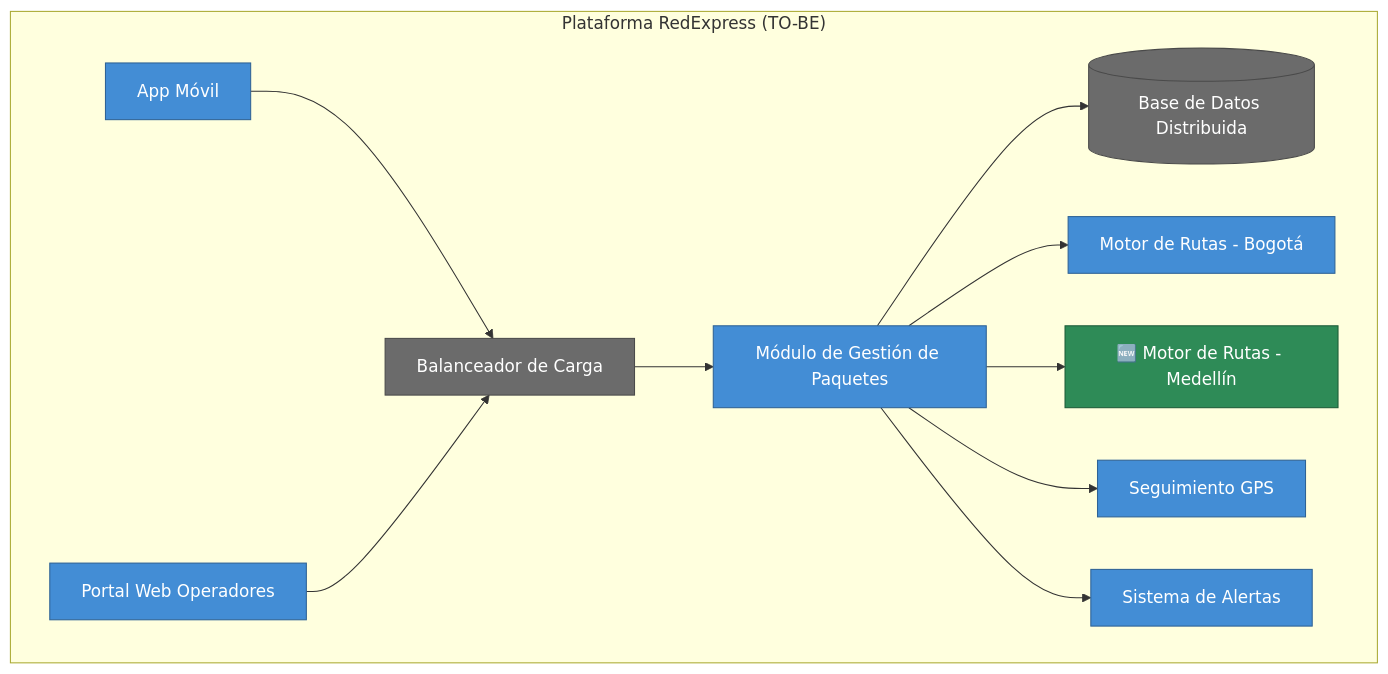
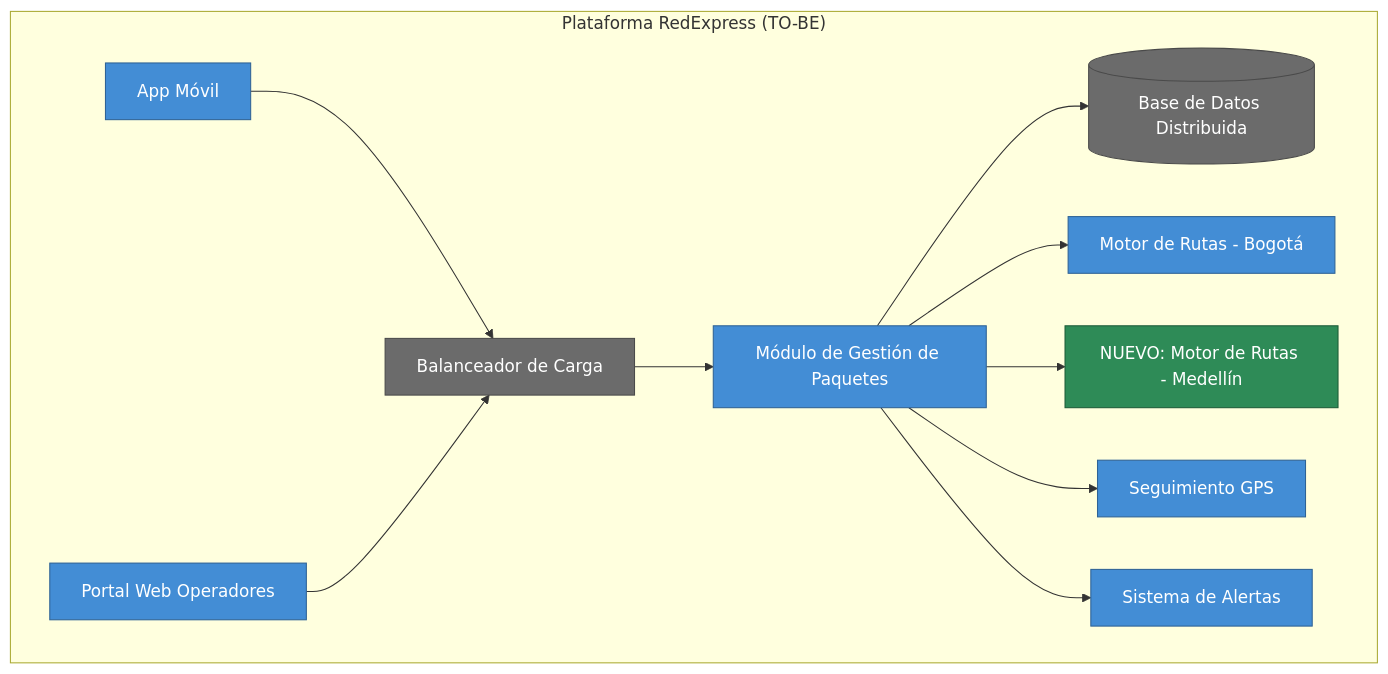
One commit to CesarAVegaF312/AREM-Taller_7_Opportunities_Solutions changed the first of 4 diagrams in clase/guia_paso_a_paso_opportunities_solutions.md. Above: the diagram before and after it, drawn with Mermaid. The commit also changed other lines of this file and 8 other files, not shown here.

````diff
--- a/clase/guia_paso_a_paso_opportunities_solutions.md
+++ b/clase/guia_paso_a_paso_opportunities_solutions.md
@@ -234,30 +234,30 @@
 ```mermaid
 flowchart TD
     subgraph redexpress["Plataforma RedExpress (TO-BE)"]
         appmovil["App Móvil"]
         webop["Portal Web Operadores"]
         lb["Balanceador de Carga"]
         gestion["Módulo de Gestión de Paquetes"]
         rutasbog["Motor de Rutas - Bogotá"]
-        rutasmed["🆕 Motor de Rutas - Medellín"]
+        rutasmed["NUEVO: Motor de Rutas - Medellín"]
         gps["Seguimiento GPS"]
         alertas["Sistema de Alertas"]
         db[("Base de Datos Distribuida")]
     end
 
     appmovil --> lb
     webop --> lb
     lb --> gestion
     gestion --> db
     gestion --> rutasbog
     gestion --> rutasmed
     gestion --> gps
     gestion --> alertas
 
     classDef container fill:#438dd5,color:#fff,stroke:#2e6295;
     classDef nuevo fill:#2e8b57,color:#fff,stroke:#1c5c38;
     classDef infra fill:#6b6b6b,color:#fff,stroke:#4a4a4a;
     class appmovil,webop,gestion,rutasbog,gps,alertas container
     class rutasmed nuevo
     class lb,db infra
 ```
````
